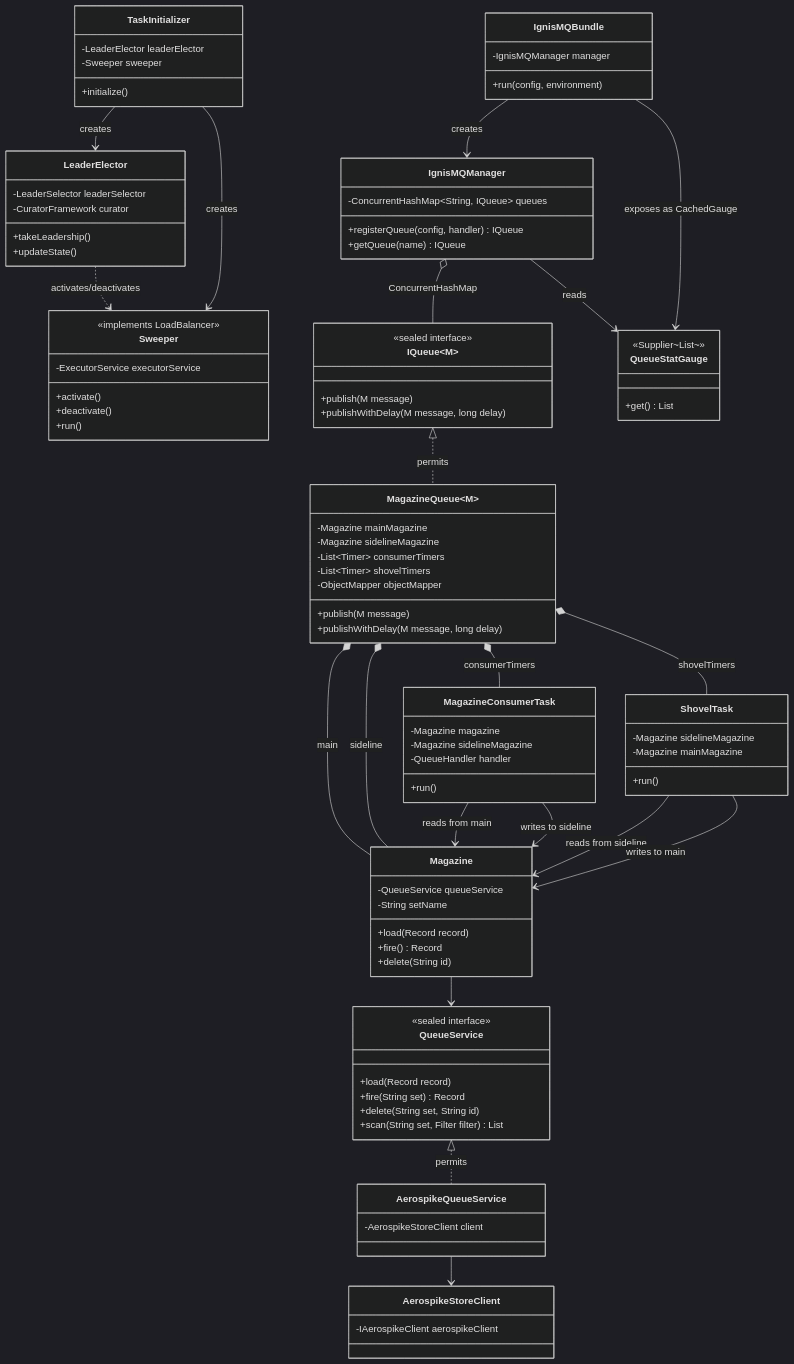
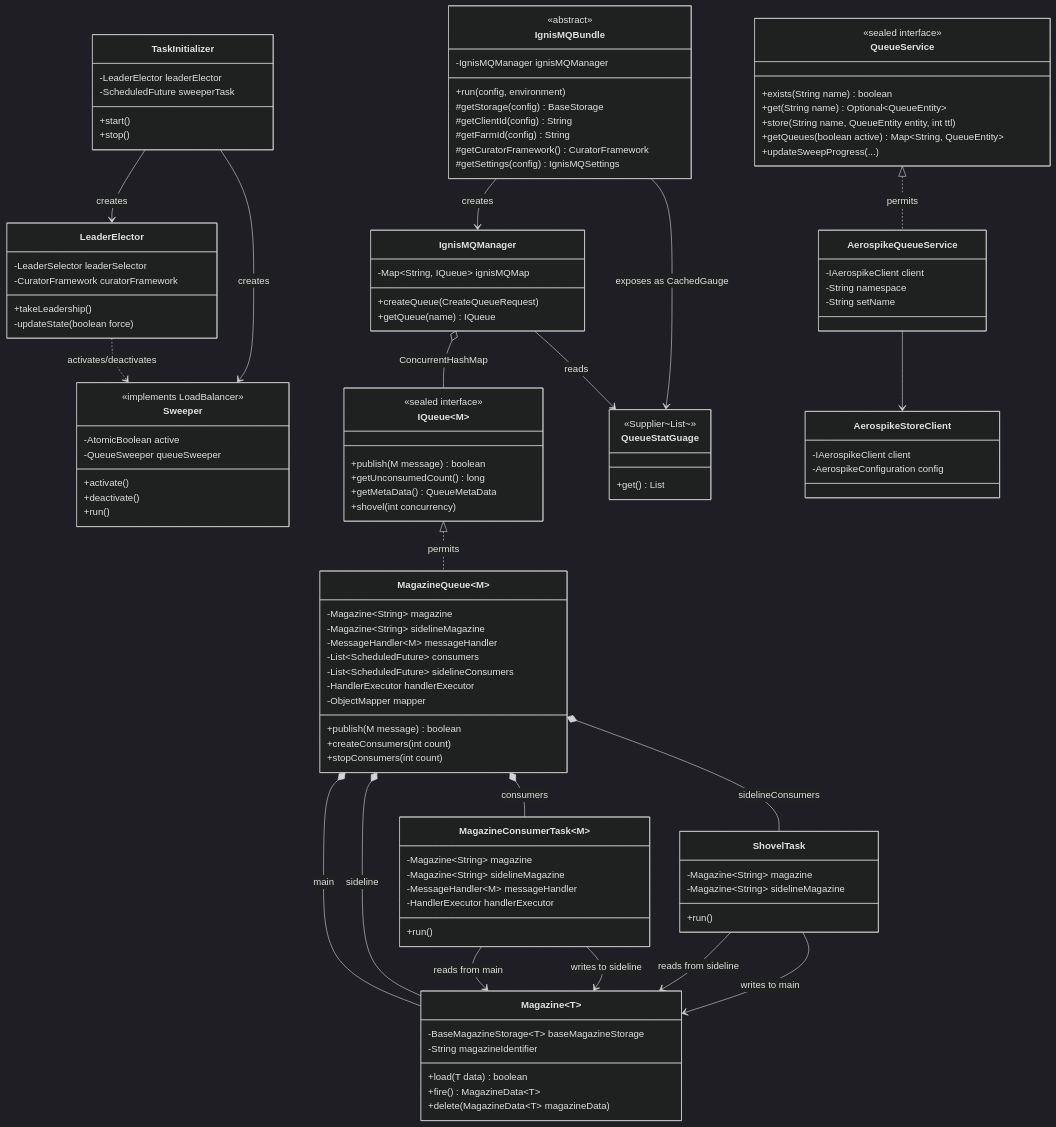
One commit to PhonePe/IgnisMQ changed the second of 10 diagrams in docs/docs/architecture.md. Above: the diagram before and after it, drawn with Mermaid (dark theme). The commit also changed other lines of this file and 39 other files, not shown here.

````diff
--- a/docs/docs/architecture.md
+++ b/docs/docs/architecture.md
@@ -68,93 +69,111 @@
 ```mermaid
 classDiagram
     class IgnisMQBundle {
-        -IgnisMQManager manager
+        <<abstract>>
+        -IgnisMQManager ignisMQManager
         +run(config, environment)
+        #getStorage(config) BaseStorage
+        #getClientId(config) String
+        #getFarmId(config) String
+        #getCuratorFramework() CuratorFramework
+        #getSettings(config) IgnisMQSettings
     }
 
     class IgnisMQManager {
-        -ConcurrentHashMap~String, IQueue~ queues
-        +registerQueue(config, handler) IQueue
+        -Map~String, IQueue~ ignisMQMap
+        +createQueue(CreateQueueRequest)
         +getQueue(name) IQueue
     }
 
     class IQueue~M~ {
         <<sealed interface>>
-        +publish(M message)
-        +publishWithDelay(M message, long delay)
+        +publish(M message) boolean
+        +getUnconsumedCount() long
+        +getMetaData() QueueMetaData
+        +shovel(int concurrency)
     }
 
     class MagazineQueue~M~ {
-        -Magazine mainMagazine
-        -Magazine sidelineMagazine
-        -List~Timer~ consumerTimers
-        -List~Timer~ shovelTimers
-        -ObjectMapper objectMapper
-        +publish(M message)
-        +publishWithDelay(M message, long delay)
+        -Magazine~String~ magazine
+        -Magazine~String~ sidelineMagazine
+        -MessageHandler~M~ messageHandler
+        -List~ScheduledFuture~ consumers
+        -List~ScheduledFuture~ sidelineConsumers
+        -HandlerExecutor handlerExecutor
+        -ObjectMapper mapper
+        +publish(M message) boolean
+        +createConsumers(int count)
+        +stopConsumers(int count)
     }
 
-    class Magazine {
-        -QueueService queueService
-        -String setName
-        +load(Record record)
-        +fire() Record
-        +delete(String id)
+    class Magazine~T~ {
+        -BaseMagazineStorage~T~ baseMagazineStorage
+        -String magazineIdentifier
+        +load(T data) boolean
+        +fire() MagazineData~T~
+        +delete(MagazineData~T~ magazineData)
     }
 
-    class MagazineConsumerTask {
-        -Magazine magazine
-        -Magazine sidelineMagazine
-        -QueueHandler handler
+    class MagazineConsumerTask~M~ {
+        -Magazine~String~ magazine
+        -Magazine~String~ sidelineMagazine
+        -MessageHandler~M~ messageHandler
+        -HandlerExecutor handlerExecutor
         +run()
     }
 
     class ShovelTask {
-        -Magazine sidelineMagazine
-        -Magazine mainMagazine
+        -Magazine~String~ magazine
+        -Magazine~String~ sidelineMagazine
         +run()
     }
 
     class TaskInitializer {
         -LeaderElector leaderElector
-        -Sweeper sweeper
-        +initialize()
+        -ScheduledFuture sweeperTask
+        +start()
+        +stop()
     }
 
     class LeaderElector {
         -LeaderSelector leaderSelector
-        -CuratorFramework curator
+        -CuratorFramework curatorFramework
         +takeLeadership()
-        +updateState()
+        -updateState(boolean force)
     }
 
     class Sweeper {
         <<implements LoadBalancer>>
-        -ExecutorService executorService
+        -AtomicBoolean active
+        -QueueSweeper queueSweeper
         +activate()
         +deactivate()
         +run()
     }
 
-    class QueueStatGauge {
+    class QueueStatGuage {
         <<Supplier~List~>>
         +get() List
     }
 
     class QueueService {
         <<sealed interface>>
-        +load(Record record)
-        +fire(String set) Record
-        +delete(String set, String id)
-        +scan(String set, Filter filter) List
+        +exists(String name) boolean
+        +get(String name) Optional~QueueEntity~
+        +store(String name, QueueEntity entity, int ttl)
+        +getQueues(boolean active) Map~String, QueueEntity~
+        +updateSweepProgress(...)
     }
 
     class AerospikeQueueService {
-        -AerospikeStoreClient client
+        -IAerospikeClient client
+        -String namespace
+        -String setName
     }
 
     class AerospikeStoreClient {
-        -IAerospikeClient aerospikeClient
+        -IAerospikeClient client
+        -AerospikeConfiguration config
     }
 
     IgnisMQBundle --> IgnisMQManager : creates
@@ -162,8 +181,8 @@
     IQueue <|.. MagazineQueue : permits
     MagazineQueue *-- Magazine : main
     MagazineQueue *-- Magazine : sideline
-    MagazineQueue *-- MagazineConsumerTask : consumerTimers
-    MagazineQueue *-- ShovelTask : shovelTimers
+    MagazineQueue *-- MagazineConsumerTask : consumers
+    MagazineQueue *-- ShovelTask : sidelineConsumers
     MagazineConsumerTask --> Magazine : reads from main
     MagazineConsumerTask --> Magazine : writes to sideline
     ShovelTask --> Magazine : reads from sideline
@@ -171,9 +190,8 @@
     TaskInitializer --> LeaderElector : creates
     TaskInitializer --> Sweeper : creates
     LeaderElector ..> Sweeper : activates/deactivates
-    Magazine --> QueueService
     QueueService <|.. AerospikeQueueService : permits
     AerospikeQueueService --> AerospikeStoreClient
-    IgnisMQManager --> QueueStatGauge : reads
-    IgnisMQBundle --> QueueStatGauge : exposes as CachedGauge
+    IgnisMQManager --> QueueStatGuage : reads
+    IgnisMQBundle --> QueueStatGuage : exposes as CachedGauge
 ```
````
